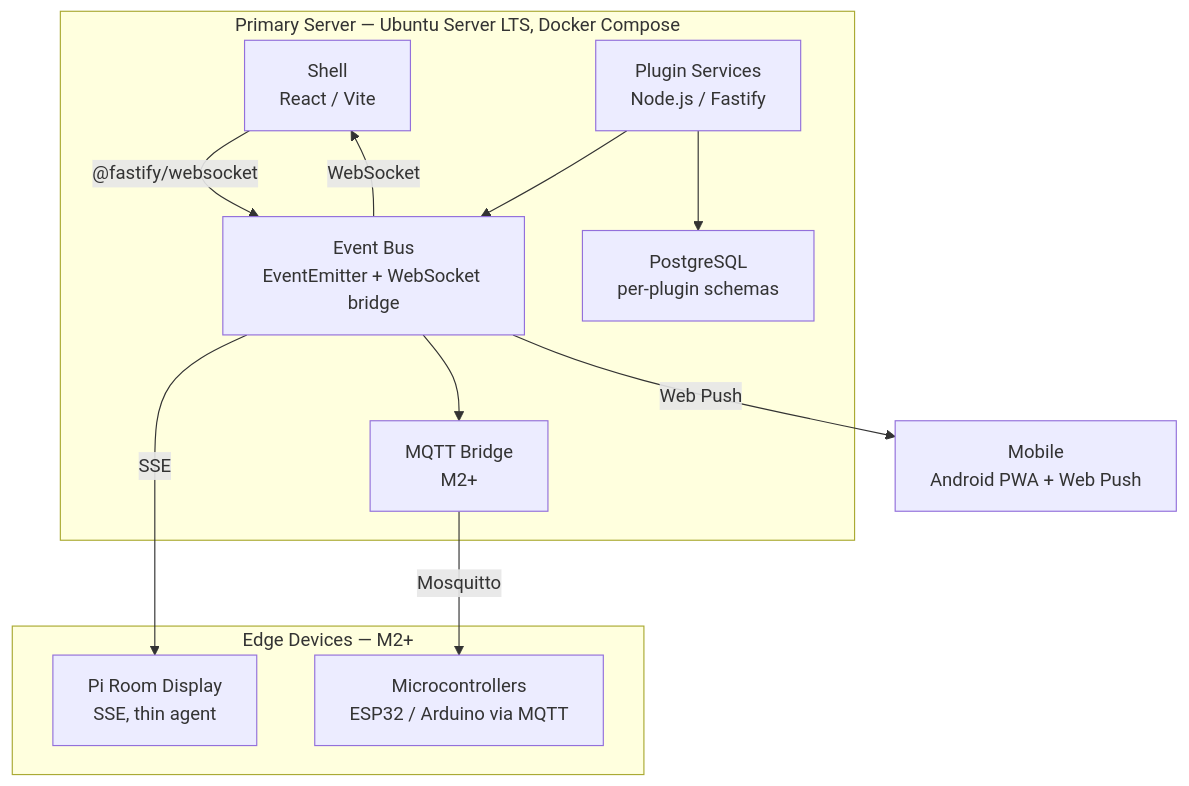
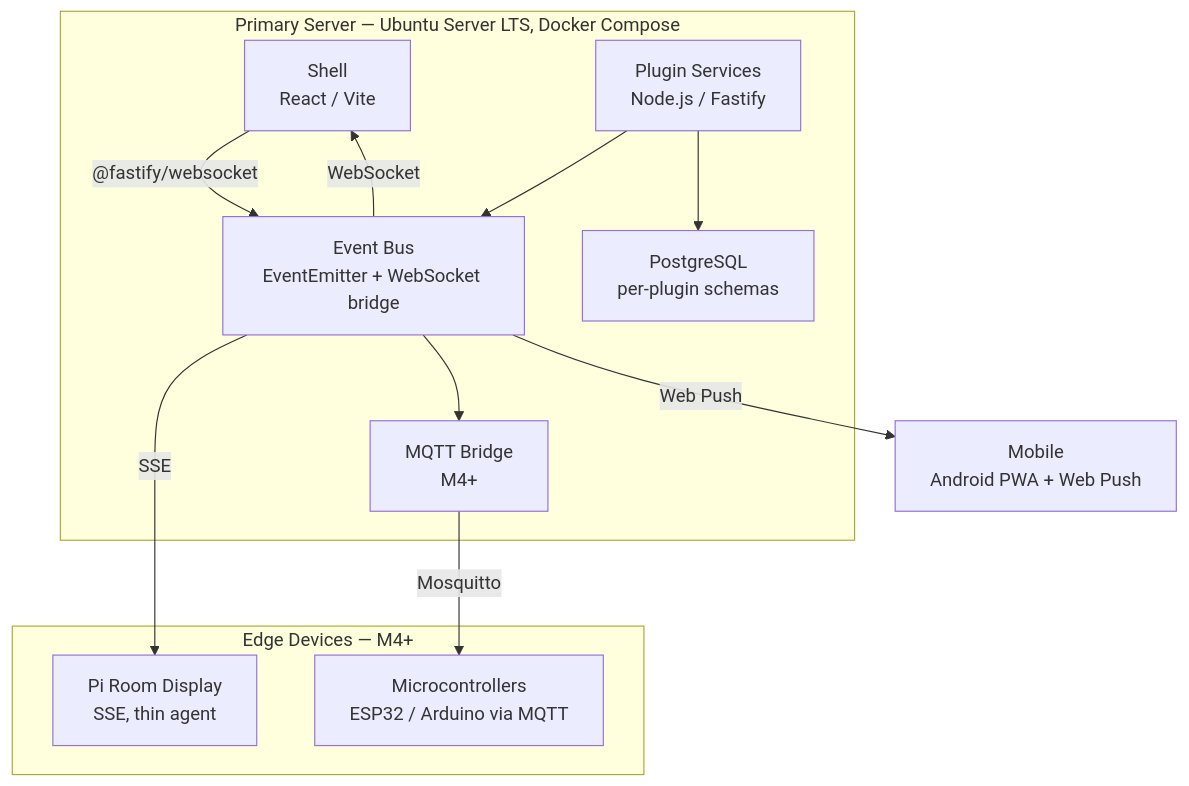
One commit to inquisitive-ginger/vireo changed the first of 2 diagrams in docs/architecture.md. Above: the diagram before and after it, drawn with Mermaid. The commit also changed other lines of this file and 12 other files, not shown here.

First line of the commit message:
[planning/audit] Roadmap restructure, M0 doc gaps resolved

````diff
--- a/docs/architecture.md
+++ b/docs/architecture.md
@@ -29,26 +29,26 @@
 ```mermaid
 graph TD
   subgraph Server["Primary Server — Ubuntu Server LTS, Docker Compose"]
     Shell["Shell\nReact / Vite"]
     Plugins["Plugin Services\nNode.js / Fastify"]
     Bus["Event Bus\nEventEmitter + WebSocket bridge"]
     PG["PostgreSQL\nper-plugin schemas"]
-    MQTT["MQTT Bridge\nM2+"]
+    MQTT["MQTT Bridge\nM4+"]
   end
 
-  subgraph Edge["Edge Devices — M2+"]
+  subgraph Edge["Edge Devices — M4+"]
     Pi["Pi Room Display\nSSE, thin agent"]
     MCU["Microcontrollers\nESP32 / Arduino via MQTT"]
   end
 
   Mobile["Mobile\nAndroid PWA + Web Push"]
 
   Shell -->|"@fastify/websocket"| Bus
   Plugins --> Bus
   Plugins --> PG
   Bus -->|WebSocket| Shell
   Bus -->|SSE| Pi
   Bus --> MQTT
   MQTT -->|Mosquitto| MCU
   Bus -->|Web Push| Mobile
 ```
````
